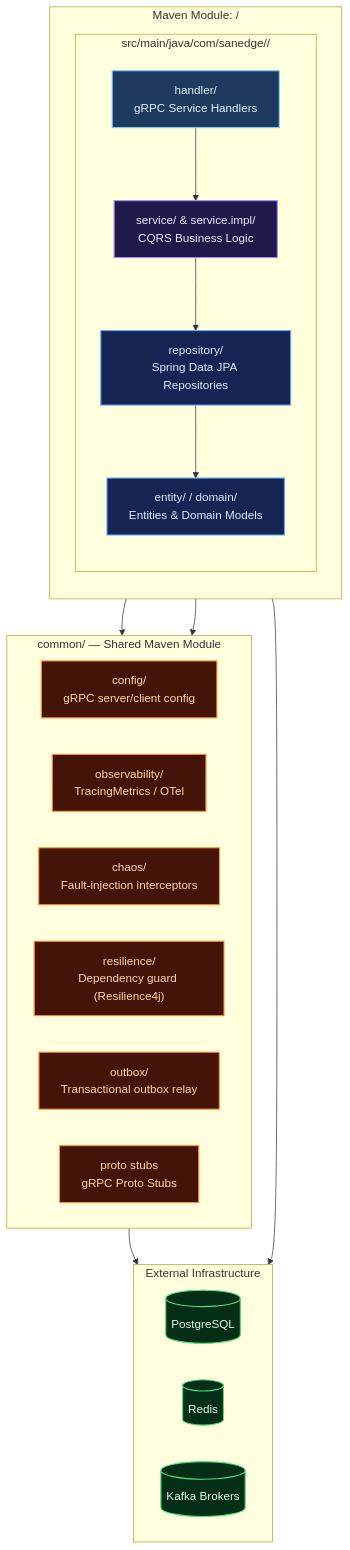
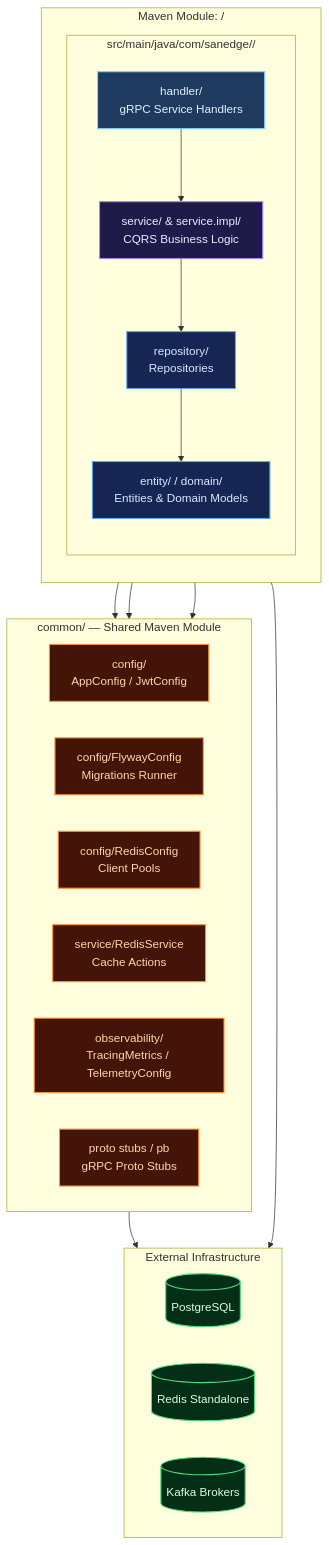
One commit to MamangRust/microservice-springboot-grpc-paymentgateway-graphql changed the third of 13 diagrams in README.md. Above: the diagram before and after it, drawn with Mermaid. The commit also changed other lines of this file, not shown here.

Commit message:
Update README with latest microservices architecture

````diff
--- a/README.md
+++ b/README.md
@@ -272,46 +276,47 @@
 ```mermaid
 graph TB
     classDef handler fill:#1e3a5f,stroke:#7dd3fc,color:#e0f2fe,stroke-width:1.5px
     classDef service fill:#1e1b4b,stroke:#a78bfa,color:#ede9fe,stroke-width:1.5px
     classDef repo fill:#172554,stroke:#60a5fa,color:#dbeafe,stroke-width:1.5px
     classDef infra fill:#052e16,stroke:#4ade80,color:#dcfce7,stroke-width:1.5px
     classDef shared fill:#431407,stroke:#fb923c,color:#fed7aa,stroke-width:1.5px
 
     subgraph Service["Maven Module: <service-name>/"]
         direction TB
 
         subgraph SrcJava["src/main/java/com/sanedge/<service>/"]
             direction TB
             HANDLER["handler/<br/>gRPC Service Handlers"]:::handler
             SVC["service/ & service.impl/<br/>CQRS Business Logic"]:::service
-            REPO["repository/<br/>Spring Data JPA Repositories"]:::repo
+            REPO["repository/<br/>Repositories"]:::repo
             MODEL["entity/ / domain/<br/>Entities & Domain Models"]:::repo
         end
 
         HANDLER --> SVC
         SVC --> REPO
         REPO --> MODEL
     end
 
     subgraph SharedLibs["common/ — Shared Maven Module"]
         direction LR
-        CONFIG["config/<br/>gRPC server/client config"]:::shared
-        OBS["observability/<br/>TracingMetrics / OTel"]:::shared
-        CHAOS["chaos/<br/>Fault-injection interceptors"]:::shared
-        RES["resilience/<br/>Dependency guard (Resilience4j)"]:::shared
-        OUTBOX["outbox/<br/>Transactional outbox relay"]:::shared
-        PB["proto stubs<br/>gRPC Proto Stubs"]:::shared
+        CONFIG["config/<br/>AppConfig / JwtConfig"]:::shared
+        FLYWAY["config/FlywayConfig<br/>Migrations Runner"]:::shared
+        REDIS_CFG["config/RedisConfig<br/>Client Pools"]:::shared
+        REDIS_SVC["service/RedisService<br/>Cache Actions"]:::shared
+        OBS["observability/<br/>TracingMetrics / TelemetryConfig"]:::shared
+        PB["proto stubs / pb<br/>gRPC Proto Stubs"]:::shared
     end
 
     subgraph Infrastructure["External Infrastructure"]
         direction LR
         PGDB[("PostgreSQL")]:::infra
-        RCLUSTER[("Redis")]:::infra
+        RCLUSTER[("Redis Standalone")]:::infra
         KAFKA[("Kafka Brokers")]:::infra
     end
 
     HANDLER --> PB
+    SVC --> REDIS_SVC
     SVC --> OBS
     REPO --> PGDB
-    OBS --> RCLUSTER
+    REDIS_SVC --> RCLUSTER
 ```
````
